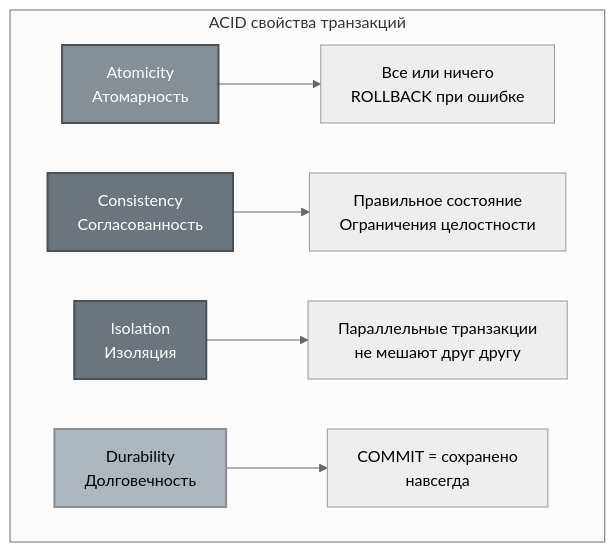
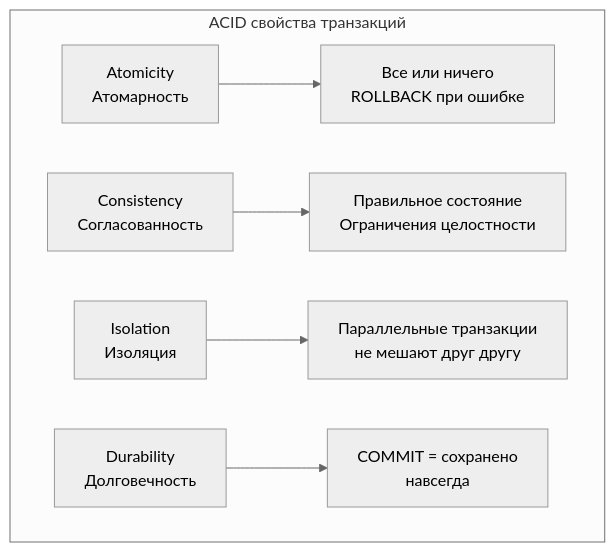
One commit to alx314vo/db_exam changed the eighth of 23 diagrams in db_exam.md. Above: the diagram before and after it, drawn with Mermaid (neutral theme). The commit also changed other lines of this file and 1 other file, not shown here.

````diff
--- a/db_exam.md
+++ b/db_exam.md
@@ -439,14 +410,10 @@
 ```mermaid
 graph TB
     subgraph "ACID свойства транзакций"
         A[Atomicity<br/>Атомарность] --> A1[Все или ничего<br/>ROLLBACK при ошибке]
         C[Consistency<br/>Согласованность] --> C1[Правильное состояние<br/>Ограничения целостности]
         I[Isolation<br/>Изоляция] --> I1[Параллельные транзакции<br/>не мешают друг другу]
         D[Durability<br/>Долговечность] --> D1[COMMIT = сохранено<br/>навсегда]
     end
     
-    style A fill:#868e96,stroke:#495057,stroke-width:2px,color:#fff
-    style C fill:#6c757d,stroke:#495057,stroke-width:2px,color:#fff
-    style I fill:#6c757d,stroke:#495057,stroke-width:2px,color:#fff
-    style D fill:#adb5bd,stroke:#868e96,stroke-width:2px,color:#000
 ```
````
